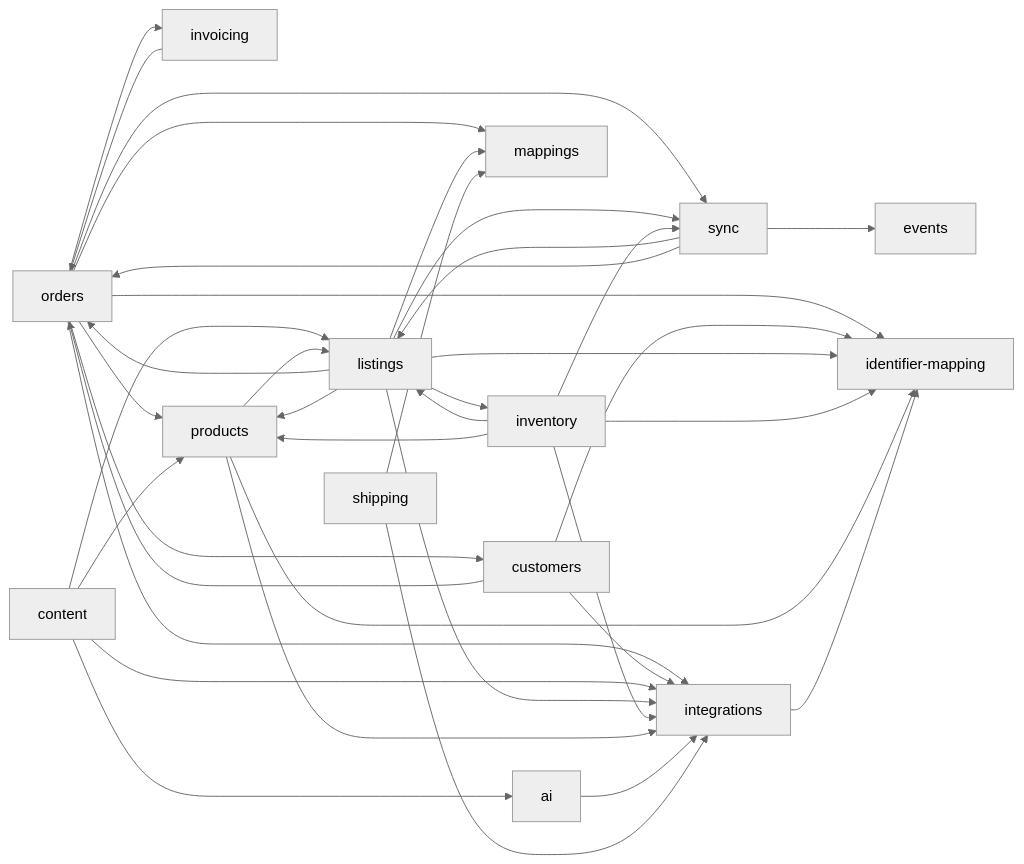
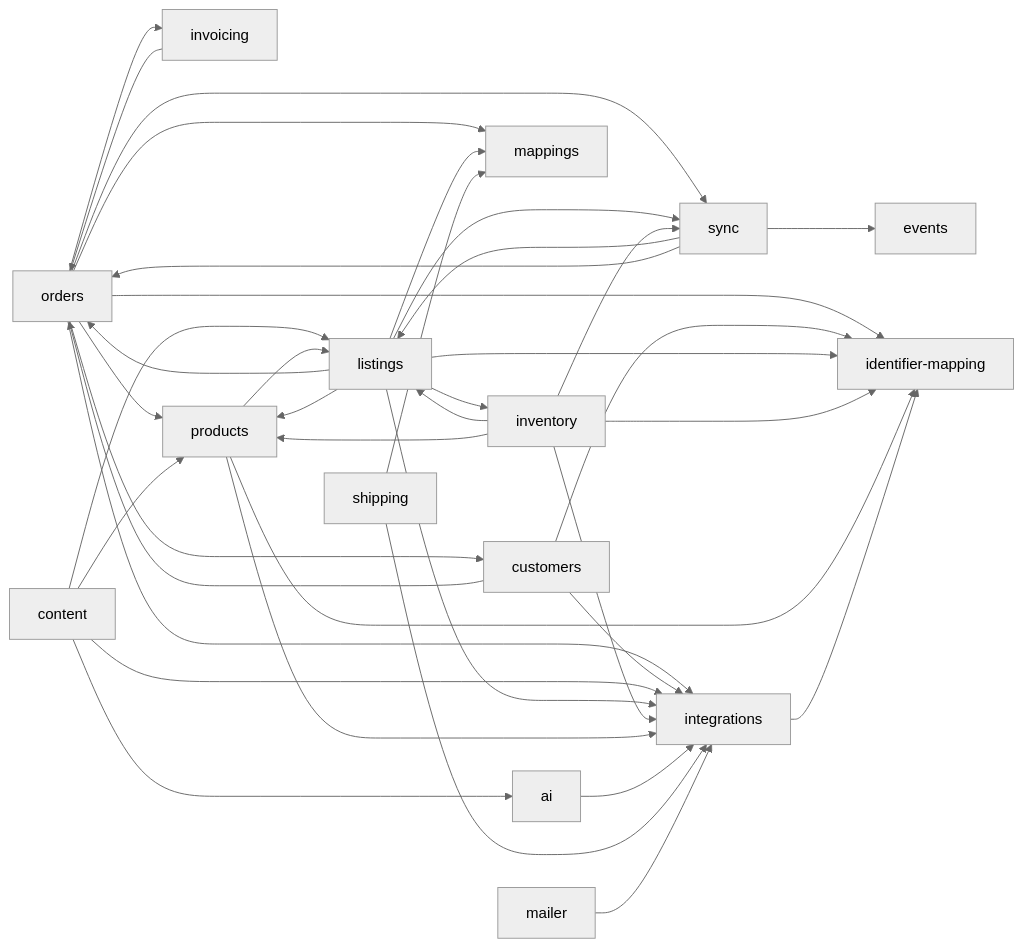
The diagram in docs/architecture-overview.md (openlinker-project/openlinker), drawn with Mermaid (neutral theme) before and after one commit. The commit also changed 3 other files, not shown here.

````diff
--- a/docs/architecture-overview.md
+++ b/docs/architecture-overview.md
@@ -1158,40 +1158,41 @@
 ```mermaid
 graph LR
   orders --> customers
   orders --> identifier-mapping
   orders --> integrations
   orders --> invoicing
   orders --> mappings
   orders --> products
   orders --> sync
   invoicing --> orders
   customers --> identifier-mapping
   customers --> integrations
   customers --> orders
   content --> ai
   content --> integrations
   content --> listings
   content --> products
   listings --> identifier-mapping
   listings --> integrations
   listings --> inventory
   listings --> mappings
   listings --> orders
   listings --> products
   listings --> sync
   inventory --> identifier-mapping
   inventory --> integrations
   inventory --> listings
   inventory --> products
   inventory --> sync
   products --> identifier-mapping
   products --> integrations
   products --> listings
   sync --> events
   sync --> listings
   sync --> orders
   ai --> integrations
   integrations --> identifier-mapping
   shipping --> integrations
   shipping --> mappings
+  mailer --> integrations
 ```
````
